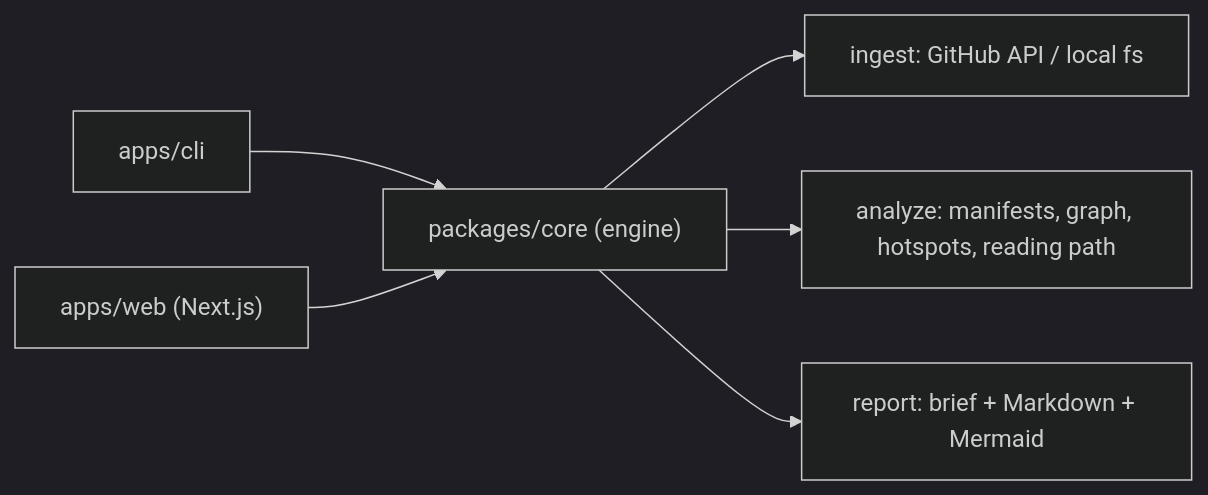
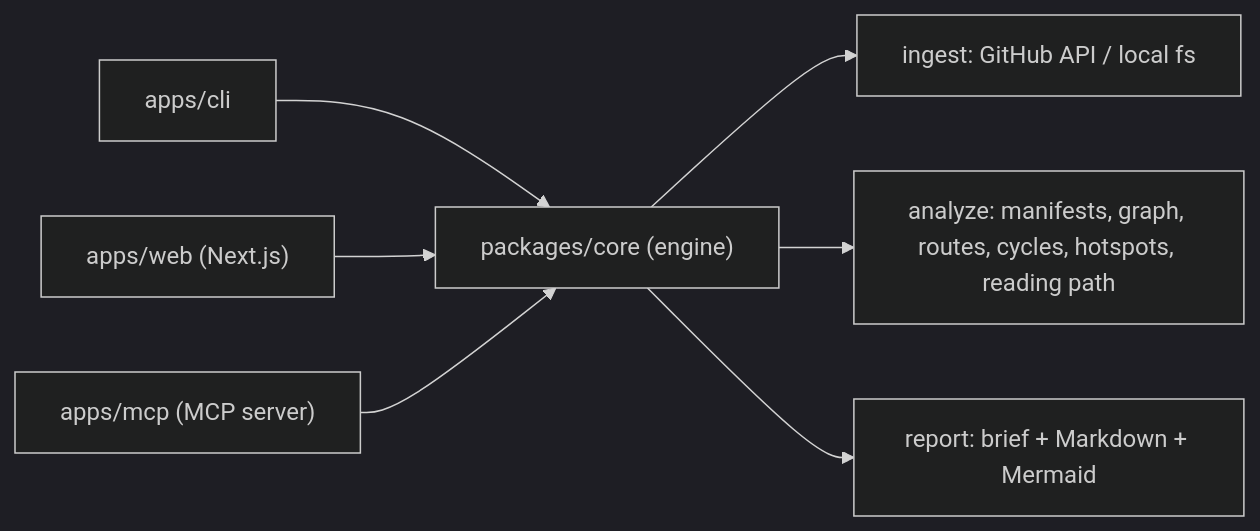
Before and after one commit to Conalh/repo-brief: the diagram in README.md, drawn with Mermaid (dark theme). The commit also changed other lines of this file and 5 other files, not shown here.

First line of the commit message:
Idea 4: MCP server for agents

````diff
--- a/README.md
+++ b/README.md
@@ -206,8 +227,9 @@
 ```mermaid
 graph LR
   cli["apps/cli"] --> core["packages/core (engine)"]
   web["apps/web (Next.js)"] --> core
+  mcp["apps/mcp (MCP server)"] --> core
   core --> ingest["ingest: GitHub API / local fs"]
-  core --> analyze["analyze: manifests, graph, hotspots, reading path"]
+  core --> analyze["analyze: manifests, graph, routes, cycles, hotspots, reading path"]
   core --> report["report: brief + Markdown + Mermaid"]
 ```
````
